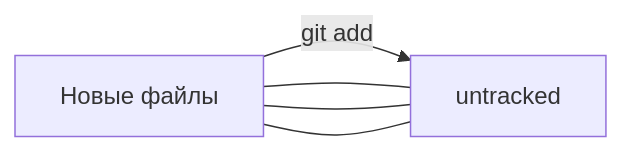
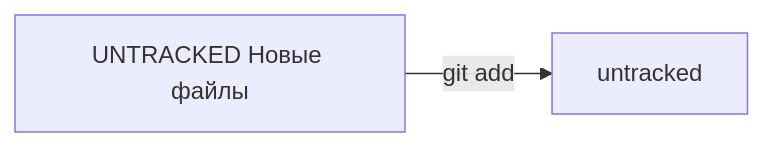
Before and after one commit to 01rbr/assistant-project: the diagram in README.md, drawn with Mermaid.

Commit message:
Тест формата Mermaid

````diff
--- a/README.md
+++ b/README.md
@@ -85,7 +85,4 @@
 ```mermaid
 graph LR;
-A[UNTRACKED Новые файлы] -- "git add"--> B[untracked];
- A[Новые файлы] --- B[untracked];
-  A[Новые файлы] --- B[untracked];
-   A[Новые файлы] --- B[untracked];
+   A[UNTRACKED Новые файлы] -- "git add"--> B[untracked];
 ``` 
````
